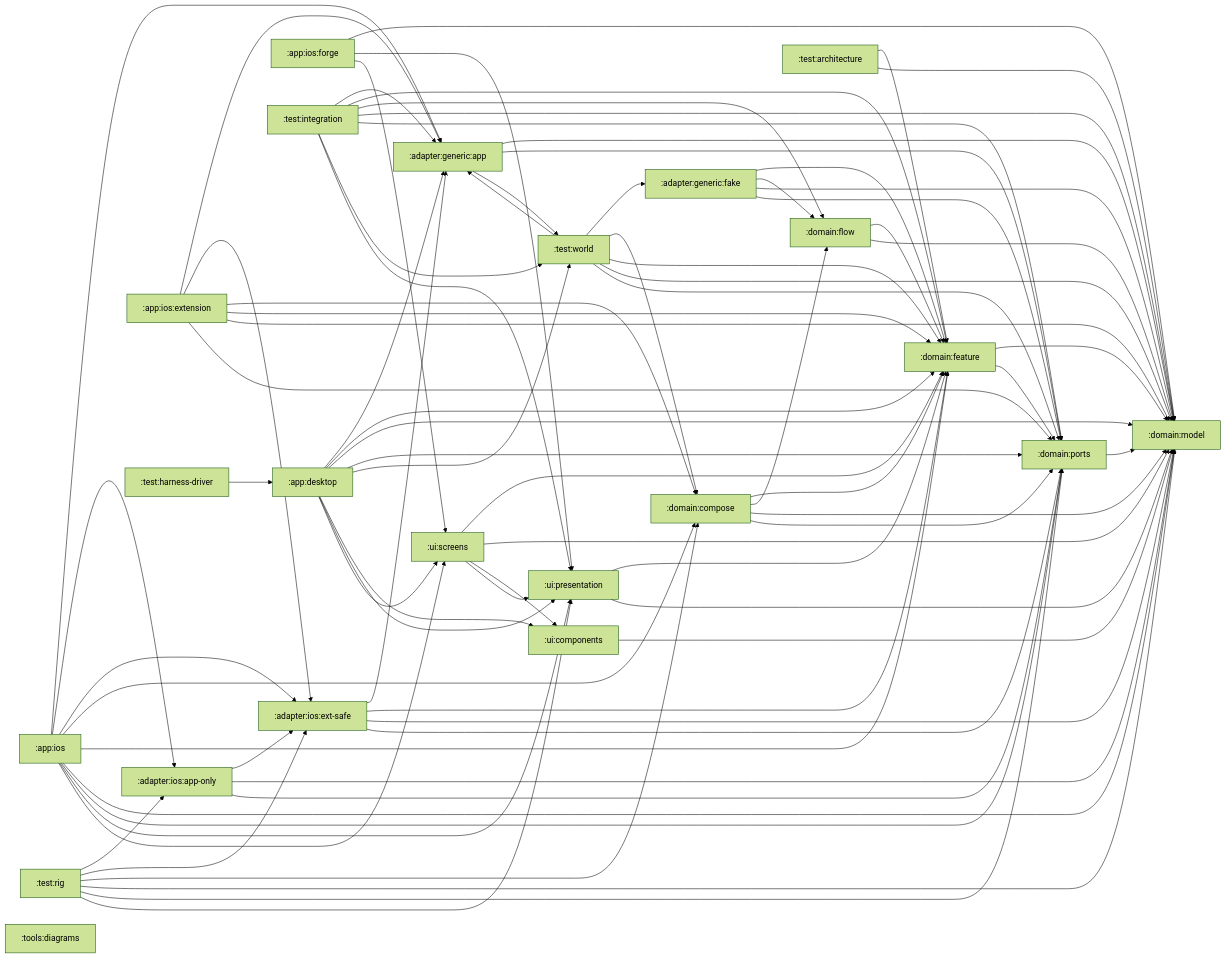
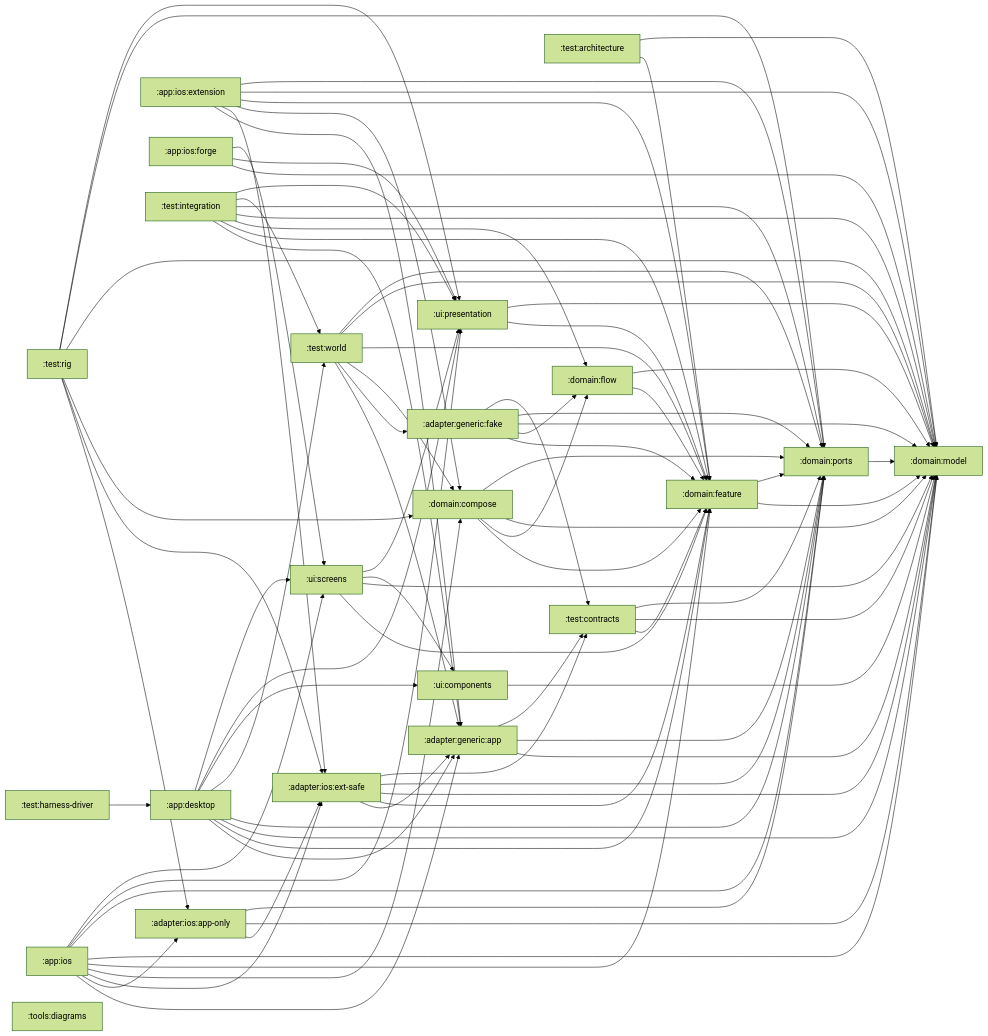
One commit to stefanhoelzl/SnapSync changed the diagram in architecture/modules.md. Above: the diagram before and after it, drawn with Mermaid (forest theme). The commit also changed 8 other files, not shown here.

Commit message:
internal(port-contracts): docs, complexity tier, regenerated diagrams

```diff
--- a/architecture/modules.md
+++ b/architecture/modules.md
@@ -23,6 +23,7 @@
   domain_model[":domain:model"]
   domain_ports[":domain:ports"]
   test_architecture[":test:architecture"]
+  test_contracts[":test:contracts"]
   test_harness_driver[":test:harness-driver"]
   test_integration[":test:integration"]
   test_rig[":test:rig"]
@@ -33,11 +34,12 @@
   ui_screens[":ui:screens"]
   adapter_generic_app --> domain_model
   adapter_generic_app --> domain_ports
-  adapter_generic_app --> test_world
+  adapter_generic_app --> test_contracts
   adapter_generic_fake --> domain_feature
   adapter_generic_fake --> domain_flow
   adapter_generic_fake --> domain_model
   adapter_generic_fake --> domain_ports
+  adapter_generic_fake --> test_contracts
   adapter_ios_app_only --> adapter_ios_ext_safe
   adapter_ios_app_only --> domain_model
   adapter_ios_app_only --> domain_ports
@@ -45,6 +47,7 @@
   adapter_ios_ext_safe --> domain_feature
   adapter_ios_ext_safe --> domain_model
   adapter_ios_ext_safe --> domain_ports
+  adapter_ios_ext_safe --> test_contracts
   app_desktop --> adapter_generic_app
   app_desktop --> domain_feature
   app_desktop --> domain_model
@@ -82,6 +85,9 @@
   domain_ports --> domain_model
   test_architecture --> domain_feature
   test_architecture --> domain_model
+  test_contracts --> domain_feature
+  test_contracts --> domain_model
+  test_contracts --> domain_ports
   test_harness_driver --> app_desktop
   test_integration --> adapter_generic_app
   test_integration --> domain_feature
```
